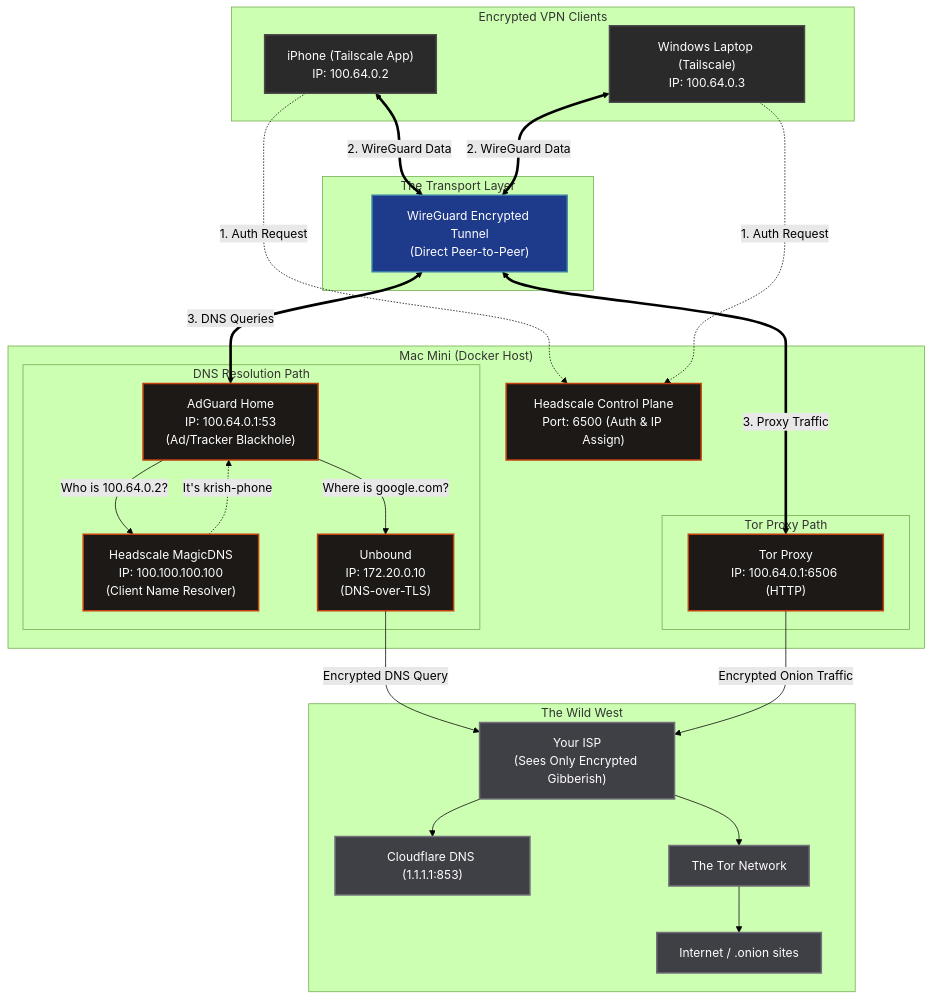
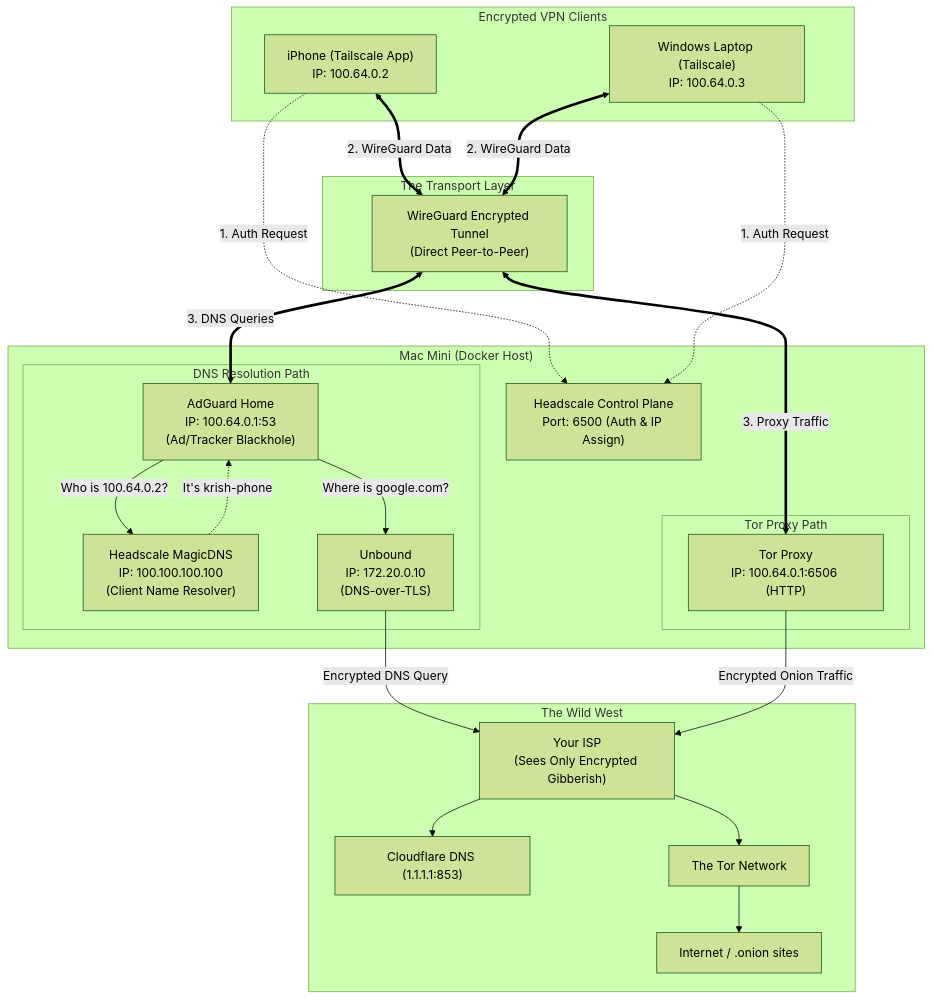
The diagram in README.md (PoisedDok/emergent), drawn with Mermaid (forest theme) before and after one commit.

Commit message:
docs: remove explicit mermaid classDefs causing github parse errors

````diff
--- a/README.md
+++ b/README.md
@@ -9,62 +9,57 @@
 ```mermaid
 flowchart TD
-    %% Define Styles
-    classDef client fill:#2a2a2a,stroke:#4a4a4a,stroke-width:2px,color:#fff
-    classDef wireguard fill:#1e3a8a,stroke:#3a7ca5,stroke-width:2px,color:#fff
-    classDef container fill:#1c1917,stroke:#c2410c,stroke-width:2px,color:#fff
-    classDef external fill:#3f3f46,stroke:#71717a,stroke-width:2px,color:#fff
 
     subgraph Clients ["Encrypted VPN Clients"]
-        phone["iPhone (Tailscale App)\nIP: 100.64.0.2"]:::client
-        laptop["Windows Laptop (Tailscale)\nIP: 100.64.0.3"]:::client
+        phone["iPhone (Tailscale App)\nIP: 100.64.0.2"]
+        laptop["Windows Laptop (Tailscale)\nIP: 100.64.0.3"]
     end
 
     subgraph Tunnel ["The Transport Layer"]
-        wg["WireGuard Encrypted Tunnel\n(Direct Peer-to-Peer)"]:::wireguard
+        wg["WireGuard Encrypted Tunnel\n(Direct Peer-to-Peer)"]
     end
 
     subgraph Server ["Mac Mini (Docker Host)"]
-        hs["Headscale Control Plane\nPort: 6500 (Auth & IP Assign)"]:::container
+        hs["Headscale Control Plane\nPort: 6500 (Auth & IP Assign)"]
         
         subgraph DNS_Flow ["DNS Resolution Path"]
-            ag["AdGuard Home\nIP: 100.64.0.1:53\n(Ad/Tracker Blackhole)"]:::container
-            mdns["Headscale MagicDNS\nIP: 100.100.100.100\n(Client Name Resolver)"]:::container
-            un["Unbound\nIP: 172.20.0.10\n(DNS-over-TLS)"]:::container
+            ag["AdGuard Home\nIP: 100.64.0.1:53\n(Ad/Tracker Blackhole)"]
+            mdns["Headscale MagicDNS\nIP: 100.100.100.100\n(Client Name Resolver)"]
+            un["Unbound\nIP: 172.20.0.10\n(DNS-over-TLS)"]
         end
 
         subgraph Proxy_Flow ["Tor Proxy Path"]
-            tor["Tor Proxy\nIP: 100.64.0.1:6506 (HTTP)"]:::container
+            tor["Tor Proxy\nIP: 100.64.0.1:6506 (HTTP)"]
         end
     end
 
     subgraph External ["The Wild West"]
-        isp["Your ISP\n(Sees Only Encrypted Gibberish)"]:::external
-        cf["Cloudflare DNS (1.1.1.1:853)"]:::external
-        tornet["The Tor Network"]:::external
-        web["Internet / .onion sites"]:::external
+        isp["Your ISP\n(Sees Only Encrypted Gibberish)"]
+        cf["Cloudflare DNS (1.1.1.1:853)"]
+        tornet["The Tor Network"]
+        web["Internet / .onion sites"]
     end
 
     %% Auth Flow
     phone -.->|"1. Auth Request"| hs
     laptop -.->|"1. Auth Request"| hs
 
     %% Data Flow
     phone <==>|"2. WireGuard Data"| wg
     laptop <==>|"2. WireGuard Data"| wg
     
     wg <==>|"3. DNS Queries"| ag
     wg <==>|"3. Proxy Traffic"| tor
 
     %% Internal DNS Logic
     ag -->|"Who is 100.64.0.2?"| mdns
     mdns -.->|"It's krish-phone"| ag
     ag -->|"Where is google.com?"| un
 
     %% Outbound
     un -->|"Encrypted DNS Query"| isp
     tor -->|"Encrypted Onion Traffic"| isp
     
     isp -->cf
     isp -->tornet
     tornet -->web
 ```
````
